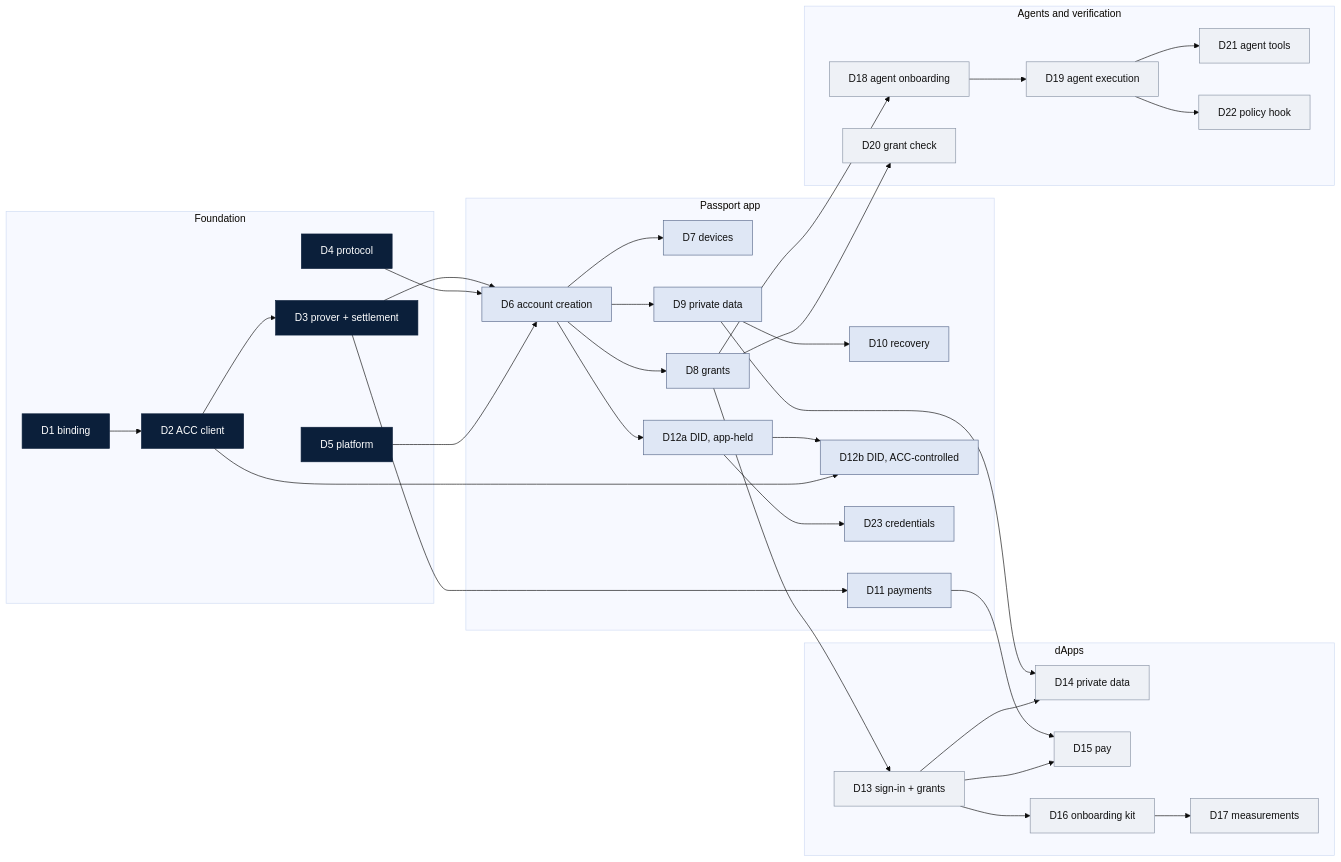
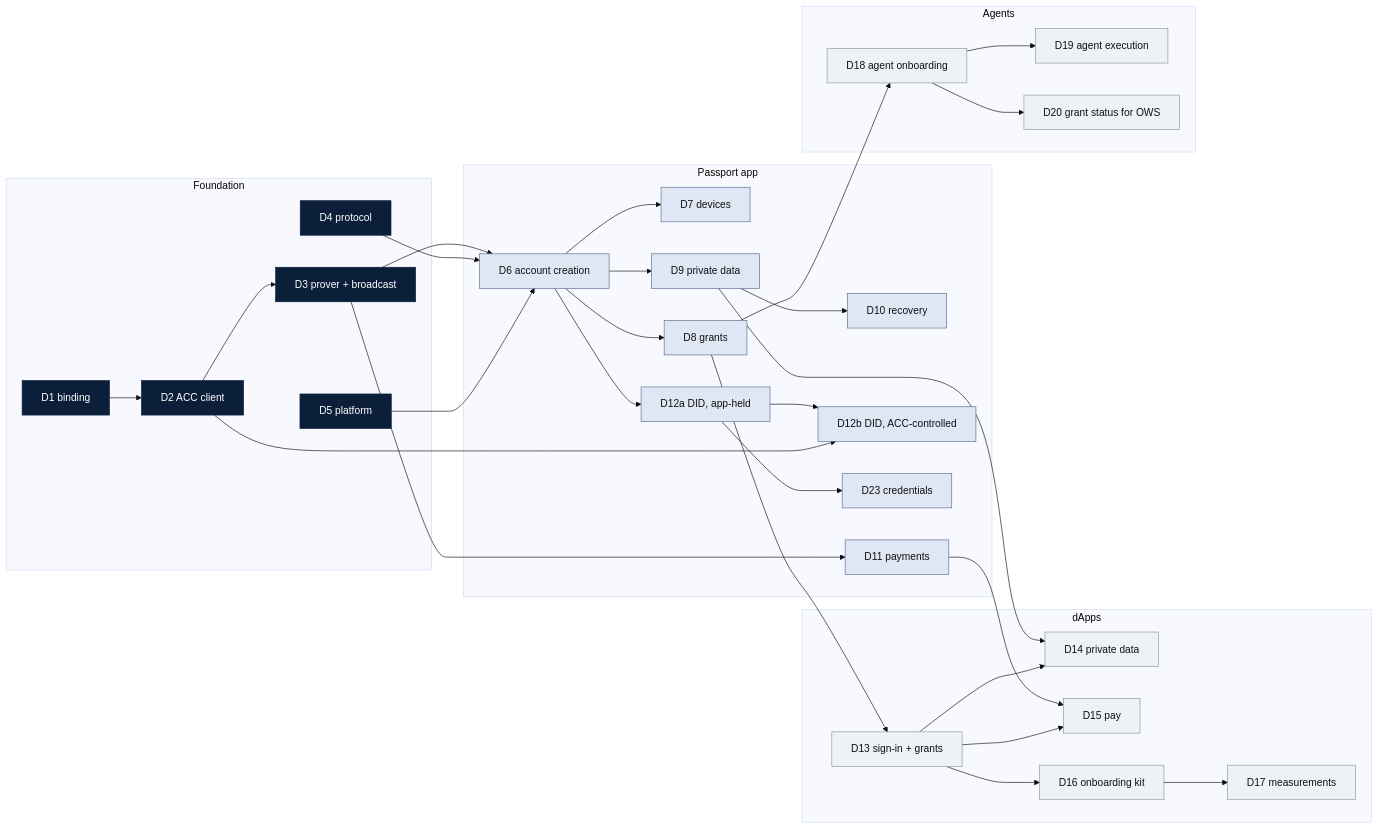
Before and after one commit to input-output-hk/midnight-passport-sdk: the diagram in docs/proposals/2026-09-25-sdk-deliverables.md, drawn with Mermaid (base theme). The commit also changed other lines of this file and 3 other files, not shown here.

First line of the commit message:
docs: one grant ceremony, dApp-built ACC composition, and the package map

````diff
--- a/docs/proposals/2026-09-25-sdk-deliverables.md
+++ b/docs/proposals/2026-09-25-sdk-deliverables.md
@@ -62,65 +59,61 @@
 ```mermaid
 flowchart LR
     subgraph F[Foundation]
-        D1[D1 binding] --> D2[D2 ACC client] --> D3[D3 prover + settlement]
+        D1[D1 binding] --> D2[D2 ACC client] --> D3[D3 prover + broadcast]
         D4[D4 protocol]
         D5[D5 platform]
     end
     subgraph A[Passport app]
         D6[D6 account creation]
         D7[D7 devices]
         D8[D8 grants]
         D9[D9 private data]
         D10[D10 recovery]
         D11[D11 payments]
         D12[D12a DID, app-held]
         D12B[D12b DID, ACC-controlled]
         D23[D23 credentials]
     end
     subgraph P[dApps]
         D13[D13 sign-in + grants]
         D14[D14 private data]
         D15[D15 pay]
         D16[D16 onboarding kit]
         D17[D17 measurements]
     end
-    subgraph G[Agents and verification]
+    subgraph G[Agents]
         D18[D18 agent onboarding]
         D19[D19 agent execution]
-        D20[D20 grant check]
-        D21[D21 agent tools]
-        D22[D22 policy hook]
+        D20[D20 grant status for OWS]
     end
 
     D3 --> D6
     D4 --> D6
     D5 --> D6
     D6 --> D7
     D6 --> D8
     D6 --> D9
     D9 --> D10
     D3 --> D11
     D6 --> D12
     D12 --> D12B
     D2 --> D12B
     D12 --> D23
     D8 --> D13
     D9 --> D14
     D13 --> D14
     D11 --> D15
     D13 --> D15
     D13 --> D16
     D16 --> D17
     D8 --> D18
     D18 --> D19
-    D19 --> D21
-    D19 --> D22
-    D8 --> D20
+    D18 --> D20
 
     classDef found fill:#0b1f3a,color:#ffffff,stroke:#0b1f3a
     classDef app fill:#dfe7f5,color:#111111,stroke:#5a6b8c
     classDef other fill:#eef1f6,color:#111111,stroke:#8a94a6
     class D1,D2,D3,D4,D5 found
     class D6,D7,D8,D9,D10,D11,D12,D12B,D23 app
-    class D13,D14,D15,D16,D17,D18,D19,D20,D21,D22 other
+    class D13,D14,D15,D16,D17,D18,D19,D20 other
 ```
````
